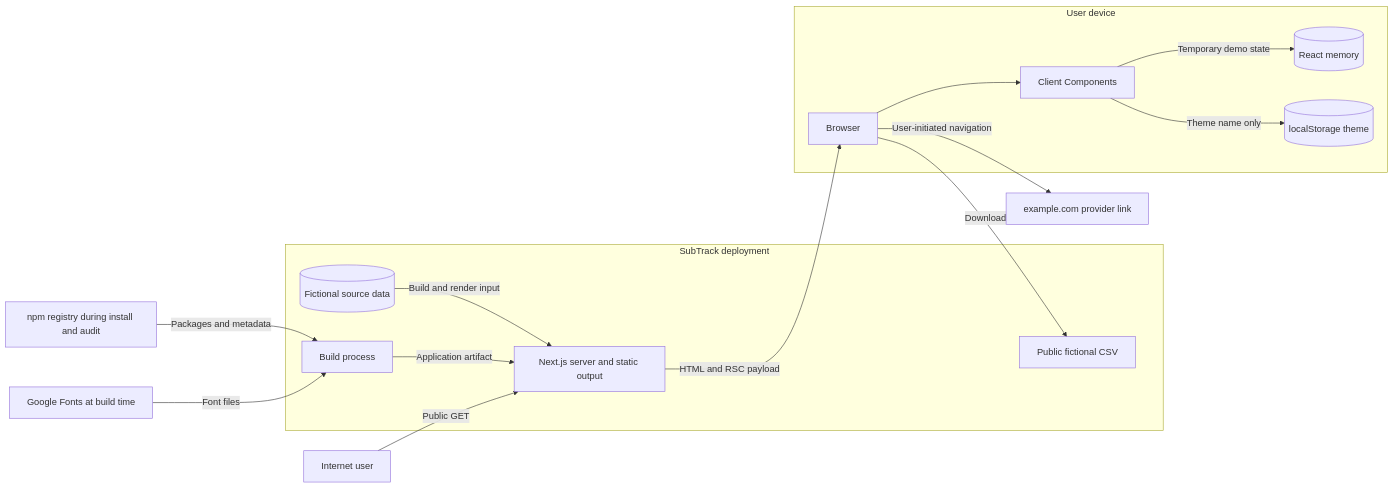
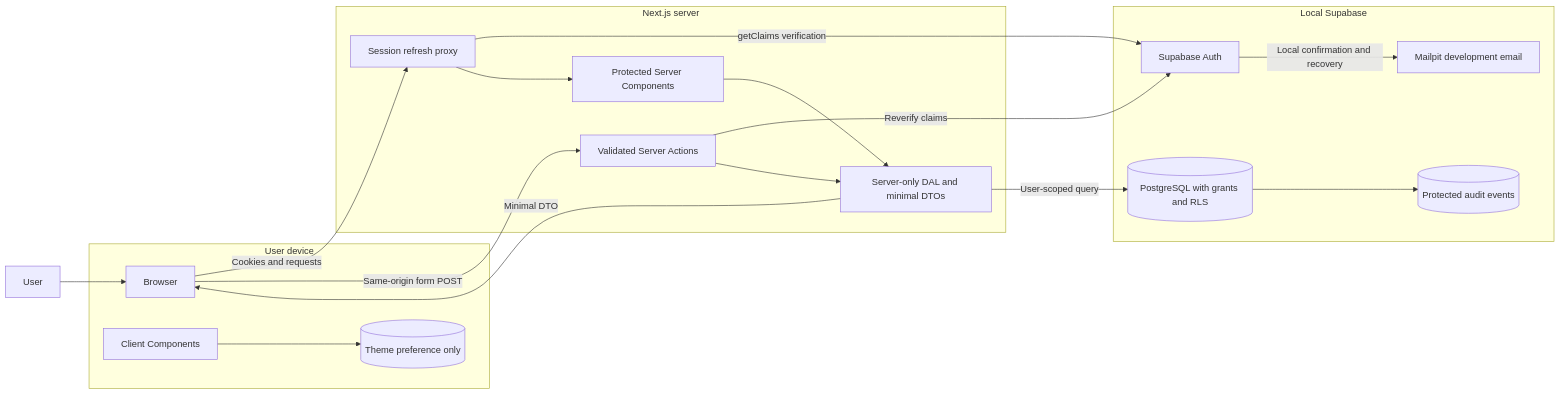
Before and after one commit to olaekdahl/SpendSift: the first of 2 diagrams in docs/security/THREAT-MODEL.md, drawn with Mermaid. The commit also changed other lines of this file and 63 other files, not shown here.

````diff
--- a/docs/security/THREAT-MODEL.md
+++ b/docs/security/THREAT-MODEL.md
@@ -123,34 +128,38 @@
 ```mermaid
 flowchart LR
-    User[Internet user]
-
-    subgraph App[SubTrack deployment]
-        Build[Build process]
-        Next[Next.js server and static output]
-        Demo[(Fictional source data)]
-        Sample[Public fictional CSV]
-    end
+    User[User]
 
     subgraph Device[User device]
         Browser[Browser]
         Clients[Client Components]
-        Memory[(React memory)]
-        Theme[(localStorage theme)]
+        Theme[(Theme preference only)]
     end
 
-    Google[Google Fonts at build time]
-    Provider[example.com provider link]
-    Registry[npm registry during install and audit]
+    subgraph App[Next.js server]
+        Proxy[Session refresh proxy]
+        Actions[Validated Server Actions]
+        Routes[Protected Server Components]
+        DAL[Server-only DAL and minimal DTOs]
+    end
 
-    Registry -->|Packages and metadata| Build
-    Google -->|Font files| Build
-    Demo -->|Build and render input| Next
-    Build -->|Application artifact| Next
-    User -->|Public GET| Next
-    Next -->|HTML and RSC payload| Browser
-    Browser --> Clients
-    Clients -->|Temporary demo state| Memory
-    Clients -->|Theme name only| Theme
-    Browser -->|Download| Sample
-    Browser -->|User-initiated navigation| Provider
+    subgraph Supabase[Local Supabase]
+        Auth[Supabase Auth]
+        DB[(PostgreSQL with grants and RLS)]
+        Audit[(Protected audit events)]
+        Mail[Mailpit development email]
+    end
+
+    User --> Browser
+    Browser -->|Cookies and requests| Proxy
+    Proxy -->|getClaims verification| Auth
+    Proxy --> Routes
+    Browser -->|Same-origin form POST| Actions
+    Actions -->|Reverify claims| Auth
+    Routes --> DAL
+    Actions --> DAL
+    DAL -->|User-scoped query| DB
+    DB --> Audit
+    DAL -->|Minimal DTO| Browser
+    Auth -->|Local confirmation and recovery| Mail
+    Clients --> Theme
 ```
````
